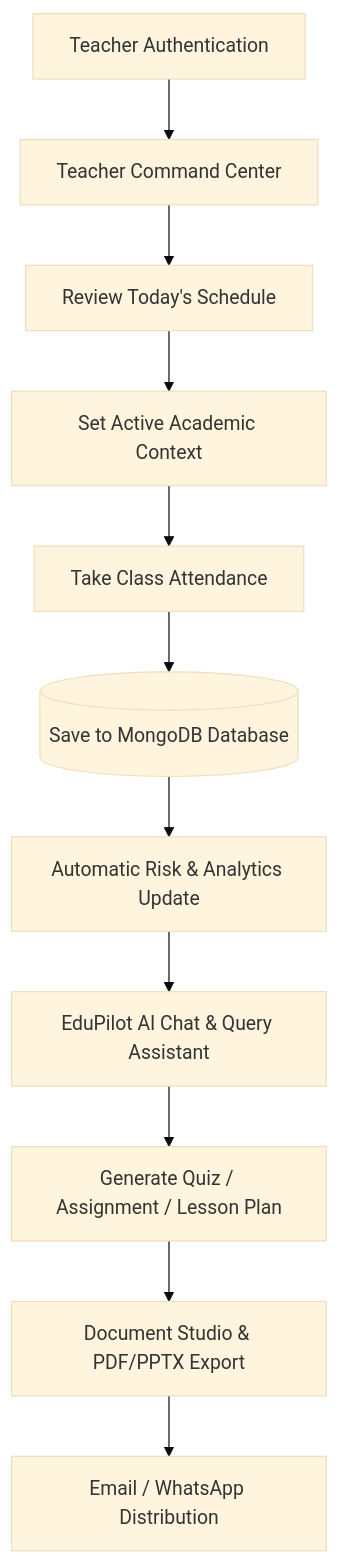
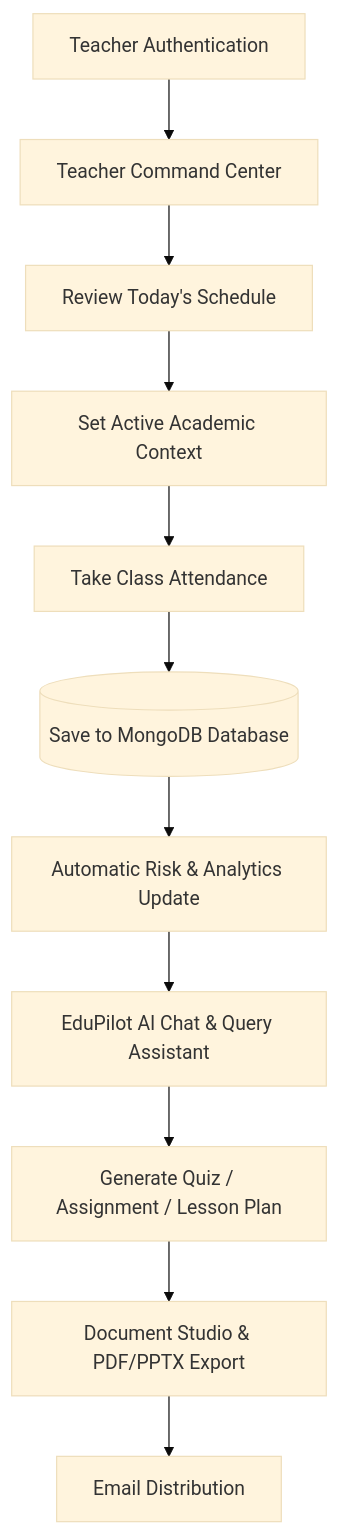
The third of 3 diagrams in ARCHITECTURE.md (Babin123456/EduPilot-AI), drawn with Mermaid (base theme) before and after one commit.

Commit message:
Updated Diagram

````diff
--- a/ARCHITECTURE.md
+++ b/ARCHITECTURE.md
@@ -95,13 +95,13 @@
 ```mermaid
 flowchart TD
     LOGIN[Teacher Authentication] --> DASH[Teacher Command Center]
     DASH --> ROUTINE[Review Today's Schedule]
     ROUTINE --> SELECT[Set Active Academic Context]
     SELECT --> ATTENDANCE[Take Class Attendance]
     ATTENDANCE --> PERSIST[(Save to MongoDB Database)]
     PERSIST --> INSIGHTS[Automatic Risk & Analytics Update]
     INSIGHTS --> COPILOT[EduPilot AI Chat & Query Assistant]
     COPILOT --> GENERATE[Generate Quiz / Assignment / Lesson Plan]
     GENERATE --> STUDIO[Document Studio & PDF/PPTX Export]
-    STUDIO --> COMM[Email / WhatsApp Distribution]
+    STUDIO --> COMM[Email Distribution]
 ```
````
